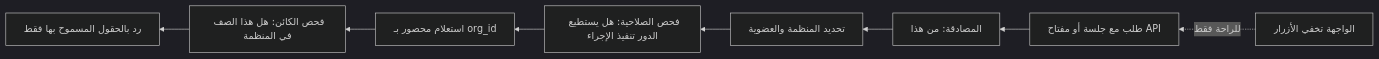
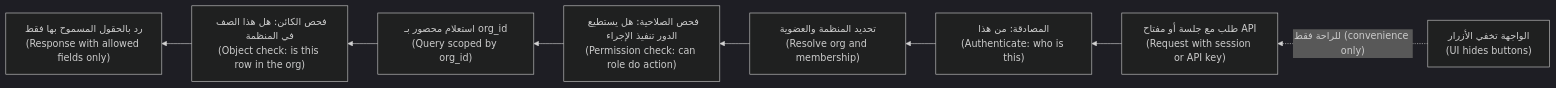
One commit to Tamoura/system-design-for-vibe-coders changed the fourth of 5 diagrams in saas/modules/01-identity-access.ar.md. Above: the diagram before and after it, drawn with Mermaid (dark theme). The commit also changed other lines of this file and 62 other files, not shown here.

First line of the commit message:
Arabic editions: English on every diagram label, RTL fixes, rebuild

````diff
--- a/saas/modules/01-identity-access.ar.md
+++ b/saas/modules/01-identity-access.ar.md
@@ -678,10 +678,10 @@
 ```mermaid
 flowchart RL
-    R["طلب مع جلسة أو مفتاح API"] --> AN["المصادقة: من هذا"]
-    AN --> TN["تحديد المنظمة والعضوية"]
-    TN --> PC["فحص الصلاحية: هل يستطيع الدور تنفيذ الإجراء"]
-    PC --> Q["استعلام محصور بـ org_id"]
-    Q --> OC["فحص الكائن: هل هذا الصف في المنظمة"]
-    OC --> RES["رد بالحقول المسموح بها فقط"]
-    UI["الواجهة تخفي الأزرار"] -.->|"للراحة فقط"| R
+    R["طلب مع جلسة أو مفتاح API<br/>(Request with session or API key)"] --> AN["المصادقة: من هذا<br/>(Authenticate: who is this)"]
+    AN --> TN["تحديد المنظمة والعضوية<br/>(Resolve org and membership)"]
+    TN --> PC["فحص الصلاحية: هل يستطيع الدور تنفيذ الإجراء<br/>(Permission check: can role do action)"]
+    PC --> Q["استعلام محصور بـ org_id<br/>(Query scoped by org_id)"]
+    Q --> OC["فحص الكائن: هل هذا الصف في المنظمة<br/>(Object check: is this row in the org)"]
+    OC --> RES["رد بالحقول المسموح بها فقط<br/>(Response with allowed fields only)"]
+    UI["الواجهة تخفي الأزرار<br/>(UI hides buttons)"] -.->|"للراحة فقط (convenience only)"| R
 ```
````
